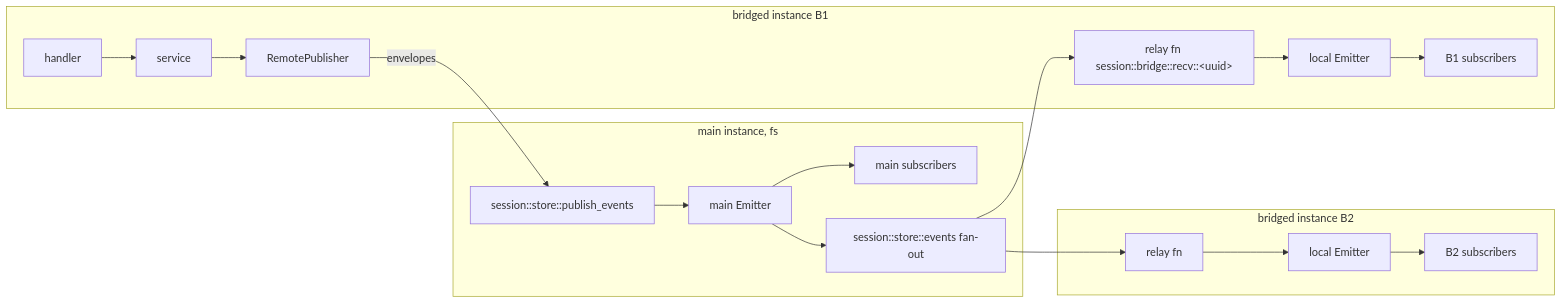
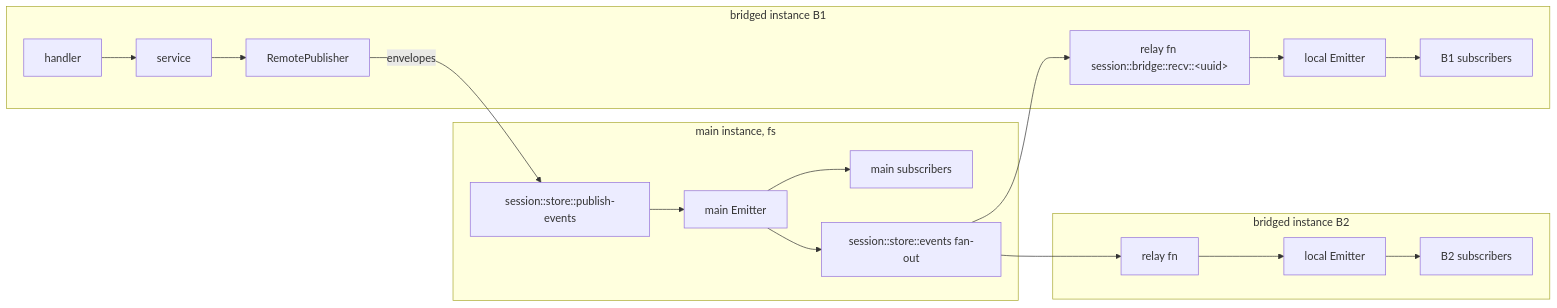
The second of 2 diagrams in session-manager/architecture/internals.md (iii-hq/workers), drawn with Mermaid before and after one commit. The commit also changed other lines of this file and 73 other files, not shown here.

````diff
--- a/session-manager/architecture/internals.md
+++ b/session-manager/architecture/internals.md
@@ -260,18 +263,18 @@
 ```mermaid
 flowchart LR
   subgraph b1 [bridged instance B1]
     h1[handler] --> s1[service] --> rp1[RemotePublisher]
     relay1["relay fn session::bridge::recv::&lt;uuid&gt;"] --> em1[local Emitter] --> subs1[B1 subscribers]
   end
   subgraph mainI [main instance, fs]
-    pubfn[session::store::publish_events] --> emM[main Emitter]
+    pubfn[session::store::publish-events] --> emM[main Emitter]
     emM --> subsM[main subscribers]
     emM --> feed["session::store::events fan-out"]
   end
   subgraph b2 [bridged instance B2]
     relay2[relay fn] --> em2[local Emitter] --> subs2[B2 subscribers]
   end
   rp1 -->|envelopes| pubfn
   feed --> relay1
   feed --> relay2
 ```
````
